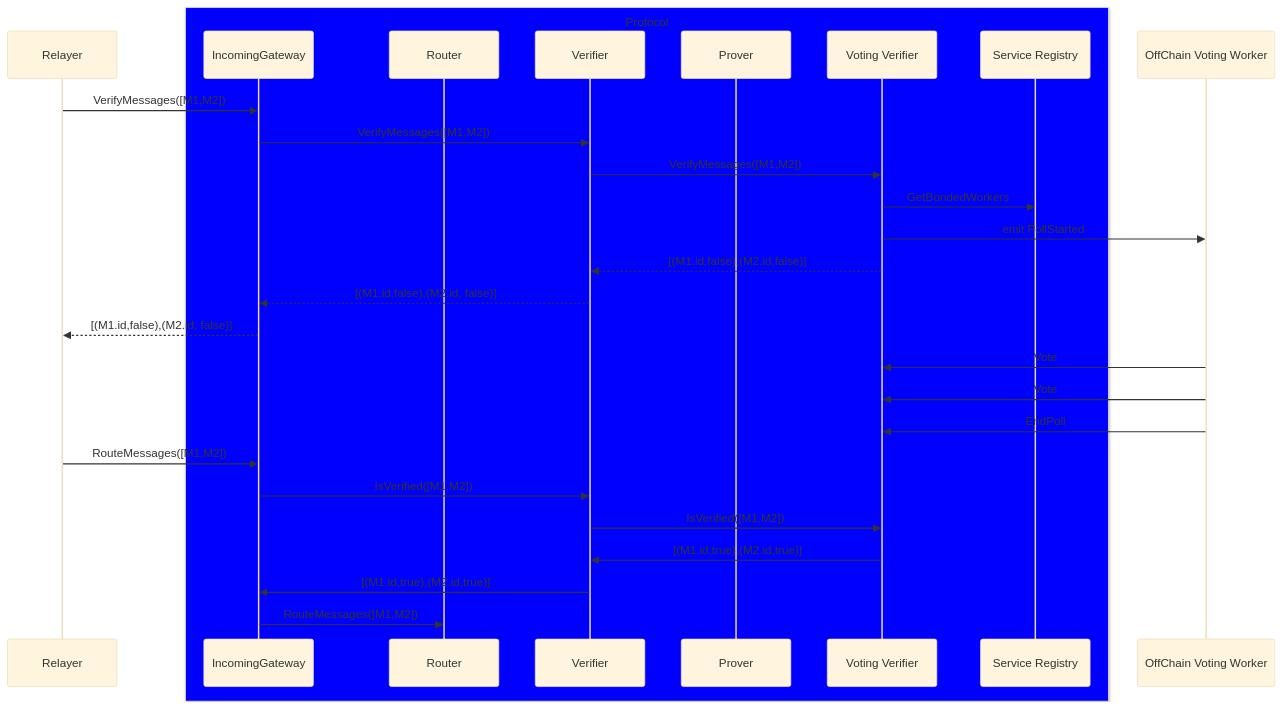
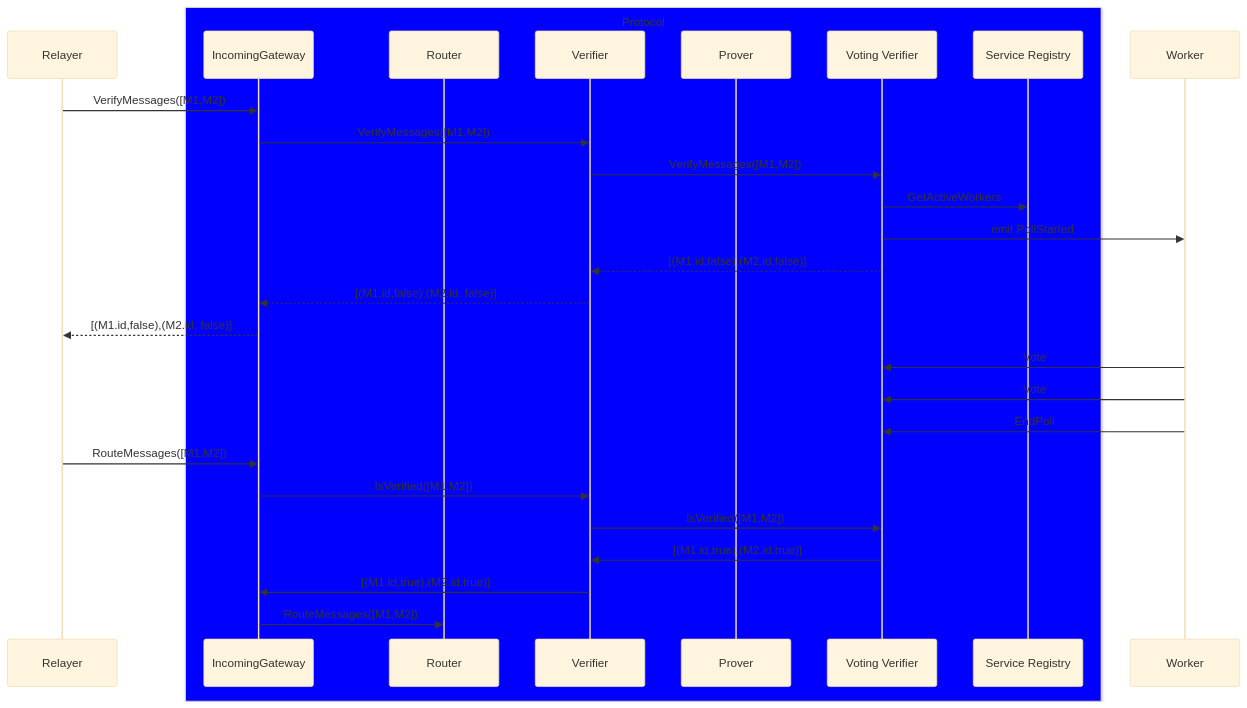
The third of 4 diagrams in README.md (kadev2176/axelar-amplifier), drawn with Mermaid (base theme) before and after one commit. The commit also changed other lines of this file, not shown here.

````diff
--- a/README.md
+++ b/README.md
@@ -63,34 +62,34 @@
 ```mermaid
 sequenceDiagram
     participant Relayer
     box Blue Protocol
     participant IncomingGateway
     participant Router
     participant Verifier
     participant Prover
     participant Voting Verifier
     participant Service Registry
     end
-    participant OffChain Voting Worker
+    participant Worker
     Relayer->>IncomingGateway: VerifyMessages([M1,M2])
     IncomingGateway->>Verifier: VerifyMessages([M1,M2])
     Verifier->>Voting Verifier: VerifyMessages([M1,M2])
-    Voting Verifier->>Service Registry: GetBondedWorkers
-    Voting Verifier->>OffChain Voting Worker: emit PollStarted
+    Voting Verifier->>Service Registry: GetActiveWorkers
+    Voting Verifier->>Worker: emit PollStarted
     Voting Verifier-->>Verifier: [(M1.id,false),(M2.id,false)]
     Verifier-->>IncomingGateway: [(M1.id,false),(M2.id, false)]
     IncomingGateway-->>Relayer: [(M1.id,false),(M2.id, false)]
-    OffChain Voting Worker->>Voting Verifier: Vote
-    OffChain Voting Worker->>Voting Verifier: Vote
-    OffChain Voting Worker->>Voting Verifier: EndPoll
+    Worker->>Voting Verifier: Vote
+    Worker->>Voting Verifier: Vote
+    Worker->>Voting Verifier: EndPoll
 
 
 
     Relayer->>IncomingGateway: RouteMessages([M1,M2])
     IncomingGateway->>Verifier: IsVerified([M1,M2])
     Verifier->>Voting Verifier: IsVerified([M1,M2])
     Voting Verifier->>Verifier: [(M1.id,true),(M2.id,true)]
     Verifier->>IncomingGateway: [(M1.id,true),(M2.id,true)]
     IncomingGateway->>Router: RouteMessages([M1,M2])
 
 ```
````
